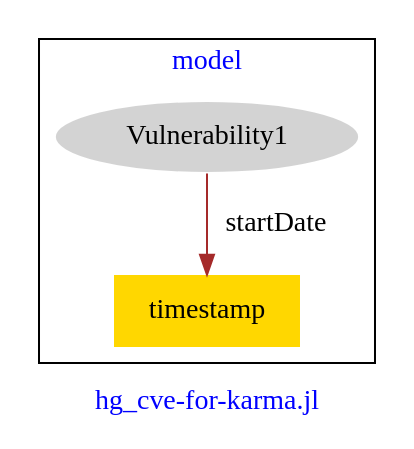
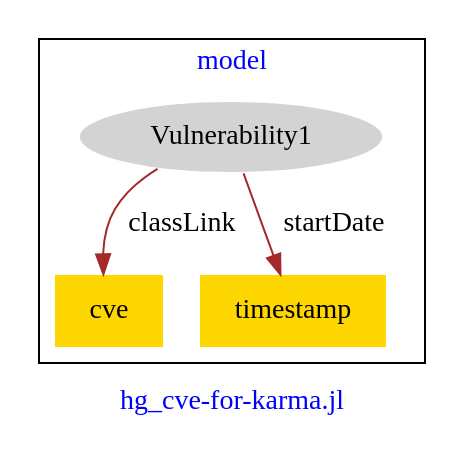
One commit to dkapoor/karma-models changed the diagram in hg-cve/hg_cve-for-karma.jl-model.dot. Above: the diagram before and after it, drawn with Graphviz.

Commit message:
Update file hg_cve-for-karma.jl-model.dot

```diff
--- a/hg-cve/hg_cve-for-karma.jl-model.dot
+++ b/hg-cve/hg_cve-for-karma.jl-model.dot
@@ -1,11 +1,13 @@
 digraph n0 {
 fontcolor="blue"
 remincross="true"
 label="hg_cve-for-karma.jl"
 subgraph cluster {
 label="model"
 n2[style="filled",color="white",fillcolor="lightgray",label="Vulnerability1"];
-n3[shape="plaintext",style="filled",fillcolor="gold",label="timestamp"];
+n3[shape="plaintext",style="filled",fillcolor="gold",label="cve"];
+n4[shape="plaintext",style="filled",fillcolor="gold",label="timestamp"];
 }
-n2 -> n3[color="brown",fontcolor="black",label="startDate"]
+n2 -> n3[color="brown",fontcolor="black",label="classLink"]
+n2 -> n4[color="brown",fontcolor="black",label="startDate"]
 }
```
